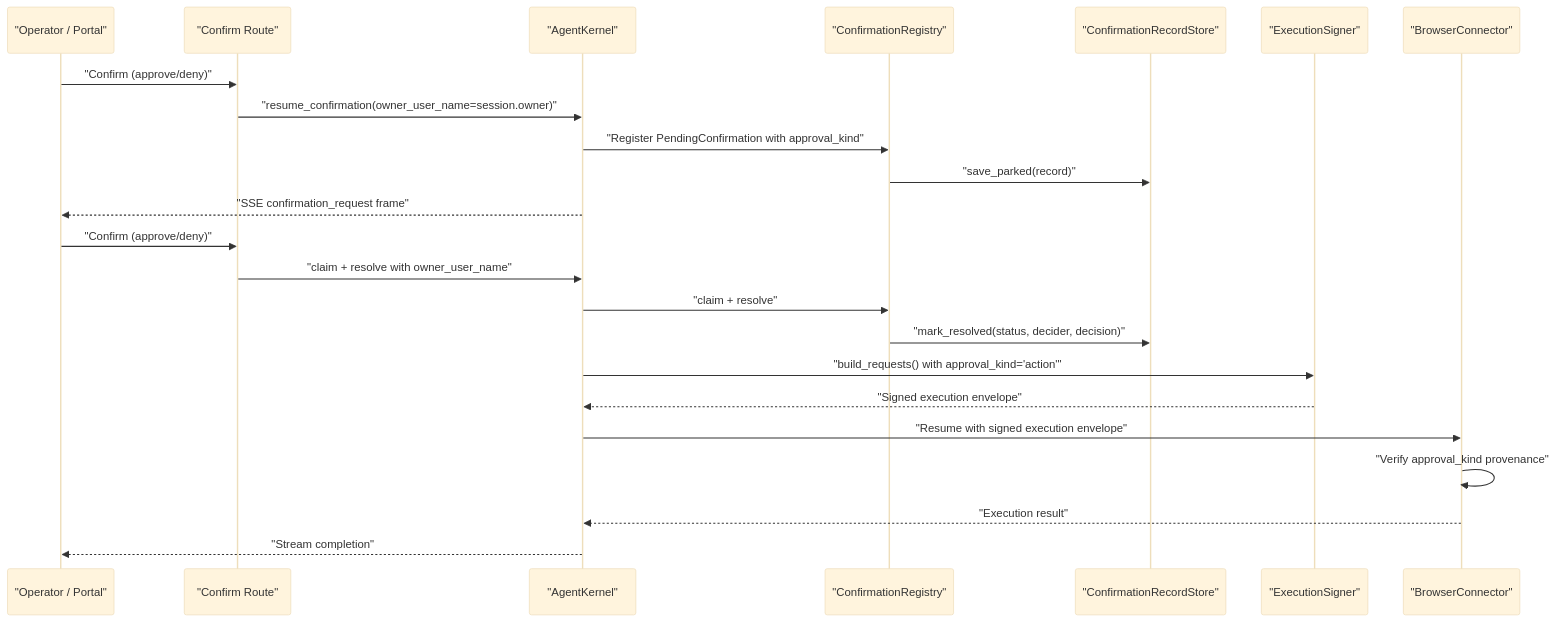
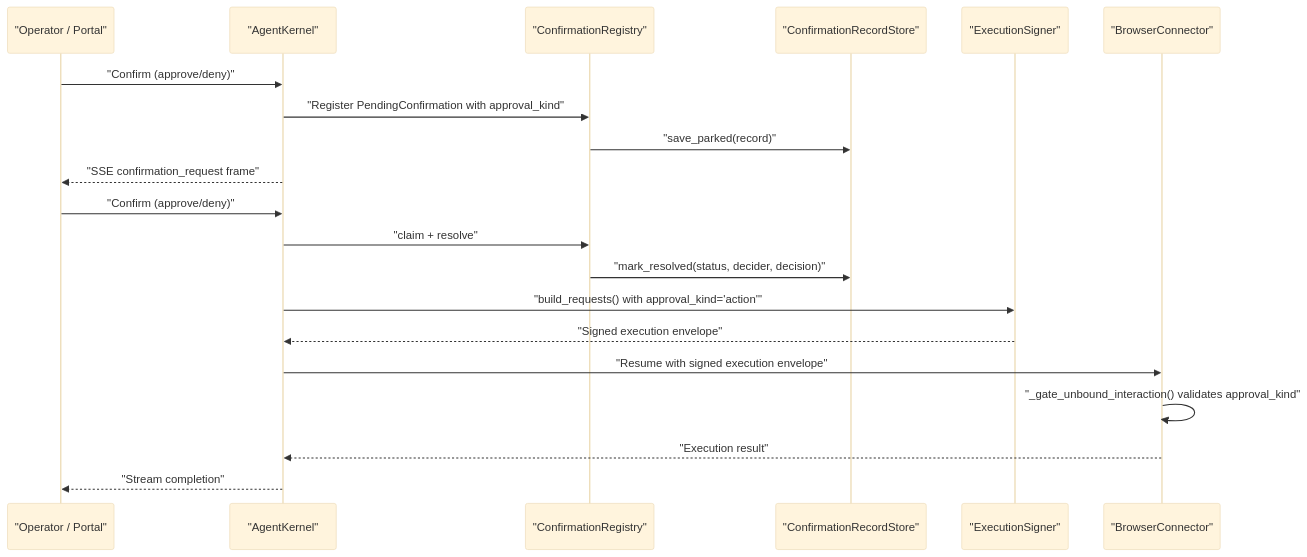
Before and after one commit to metasync/luban-aiops: the second of 10 diagrams in .qoder/repowiki/en/content/Architecture Documentation/SPEC-054_ Action-Level Approval and Change Request Card.md, drawn with Mermaid (base theme). The commit also changed other lines of this file and 47 other files, not shown here.

````diff
--- a/.qoder/repowiki/en/content/Architecture Documentation/SPEC-054_ Action-Level Approval and Change Request Card.md
+++ b/.qoder/repowiki/en/content/Architecture Documentation/SPEC-054_ Action-Level Approval and Change Request Card.md
@@ -121,25 +115,22 @@
 ```mermaid
 sequenceDiagram
 participant Client as "Operator / Portal"
-participant Routes as "Confirm Route"
 participant Kernel as "AgentKernel"
 participant Registry as "ConfirmationRegistry"
 participant Store as "ConfirmationRecordStore"
 participant Signer as "ExecutionSigner"
 participant GW as "BrowserConnector"
-Client->>Routes : "Confirm (approve/deny)"
-Routes->>Kernel : "resume_confirmation(owner_user_name=session.owner)"
+Client->>Kernel : "Confirm (approve/deny)"
 Kernel->>Registry : "Register PendingConfirmation with approval_kind"
 Registry->>Store : "save_parked(record)"
 Kernel-->>Client : "SSE confirmation_request frame"
-Client->>Routes : "Confirm (approve/deny)"
-Routes->>Kernel : "claim + resolve with owner_user_name"
+Client->>Kernel : "Confirm (approve/deny)"
 Kernel->>Registry : "claim + resolve"
 Registry->>Store : "mark_resolved(status, decider, decision)"
 Kernel->>Signer : "build_requests() with approval_kind='action'"
 Signer-->>Kernel : "Signed execution envelope"
 Kernel->>GW : "Resume with signed execution envelope"
-GW->>GW : "Verify approval_kind provenance"
+GW->>GW : "_gate_unbound_interaction() validates approval_kind"
 GW-->>Kernel : "Execution result"
 Kernel-->>Client : "Stream completion"
 ```
````
